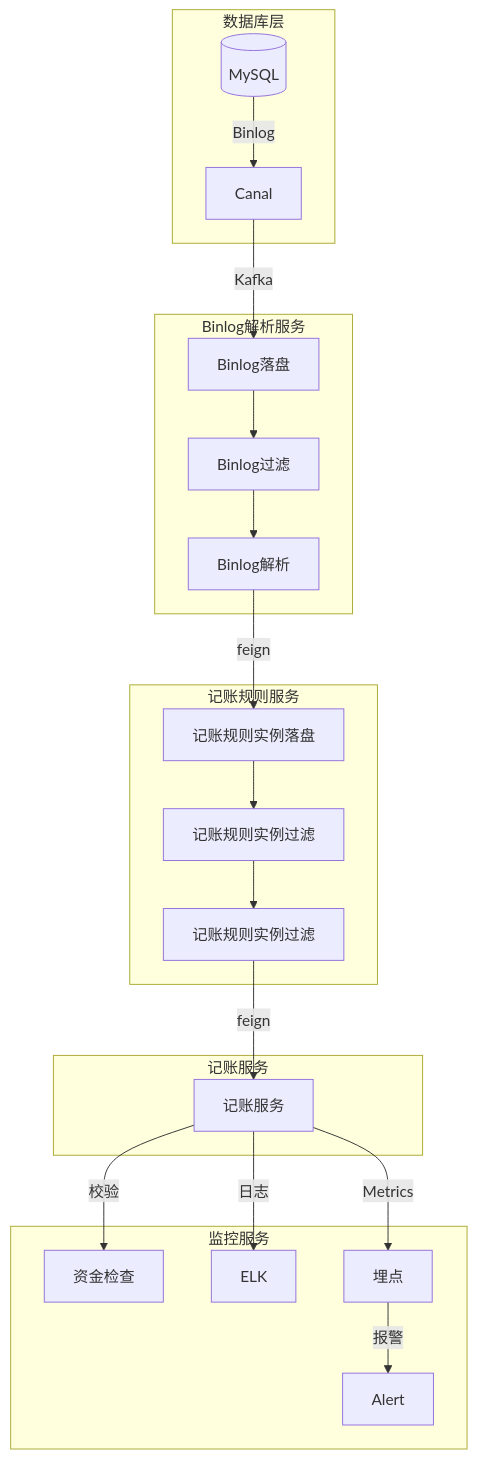
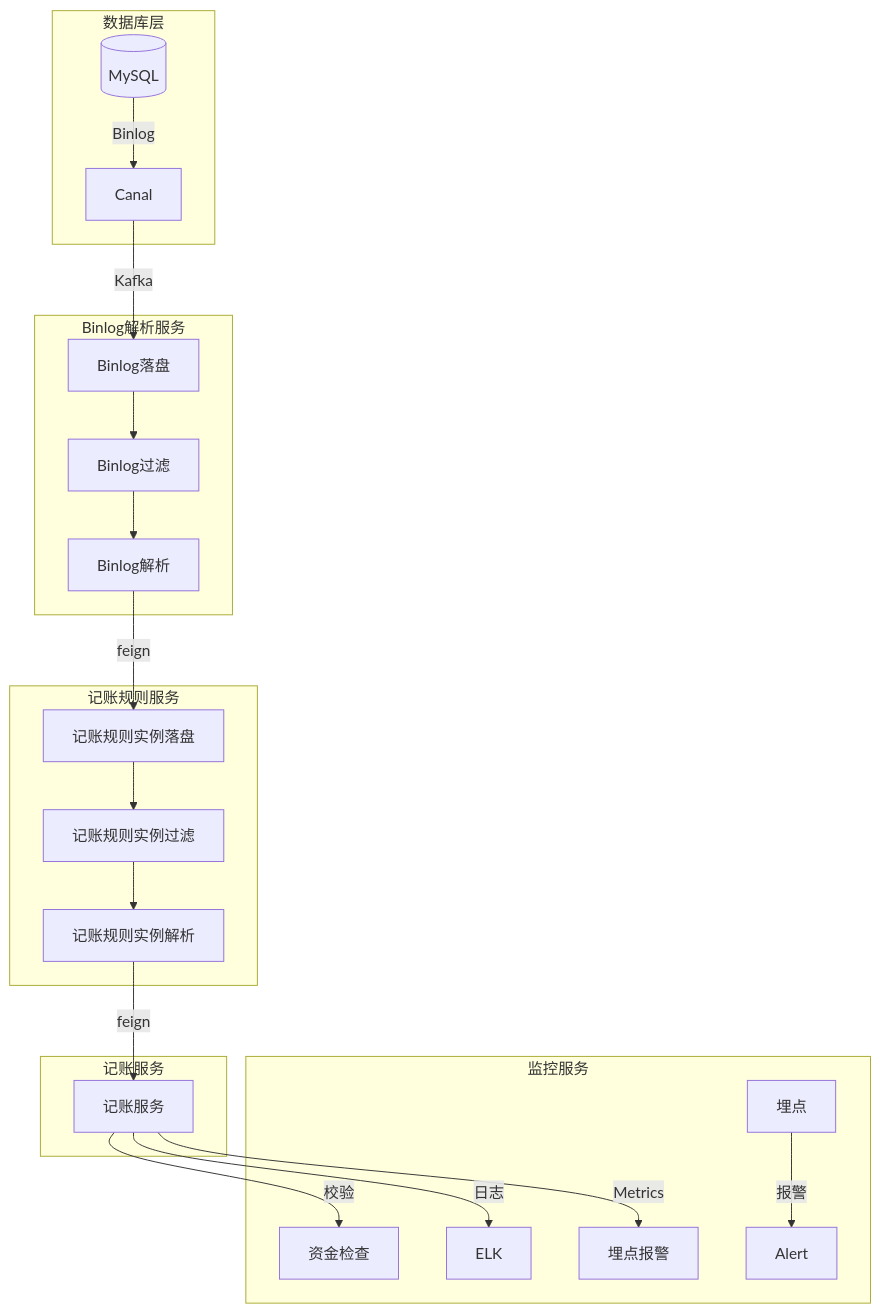
One commit to 87828943/iodraw-files changed the diagram in all/记账架构图.md. Above: the diagram before and after it, drawn with Mermaid.

Commit message:
2025-07-07 14:48:05 update

````diff
--- a/all/记账架构图.md
+++ b/all/记账架构图.md
@@ -1,25 +1,25 @@
 ```mermaid
 graph TB
     subgraph 数据库层
         DB[(MySQL)] -->|Binlog| Canal
     end
     subgraph Binlog解析服务
         Canal -->|Kafka| Binlog[Binlog落盘]
         Binlog --> Binlog1[Binlog过滤]
         Binlog1 --> Binlog2[Binlog解析]
     end
     subgraph 记账规则服务
         Binlog2 -->|feign| AccountingRule[记账规则实例落盘]
         AccountingRule --> AccountingRule1[记账规则实例过滤]
-        AccountingRule1 --> AccountingRule2[记账规则实例过滤] 
+        AccountingRule1 --> AccountingRule2[记账规则实例解析] 
     end
     subgraph 记账服务
        AccountingRule2 -->|feign| Accounting[记账服务]
     end
     subgraph 监控服务
         Accounting --> |校验| 资金检查
         Accounting -->|日志| ELK
-        Accounting -->|Metrics| 埋点
+        Accounting -->|Metrics| 埋点报警
         埋点 -->|报警| Alert
     end
 ```
````
